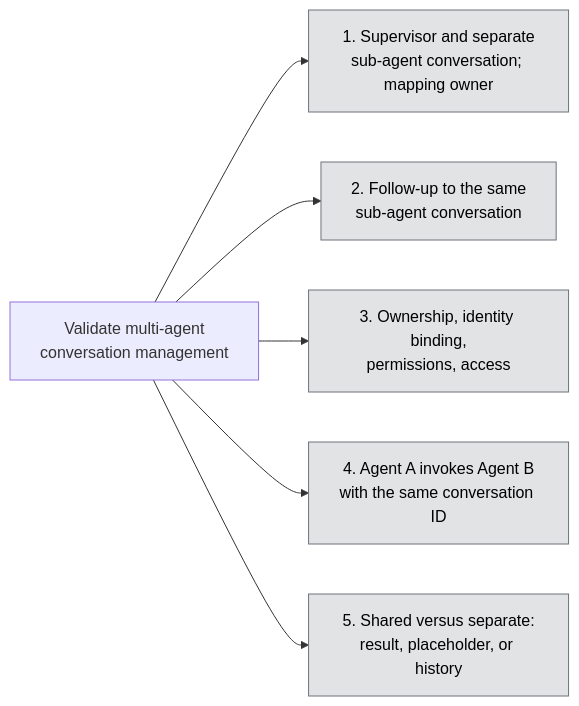
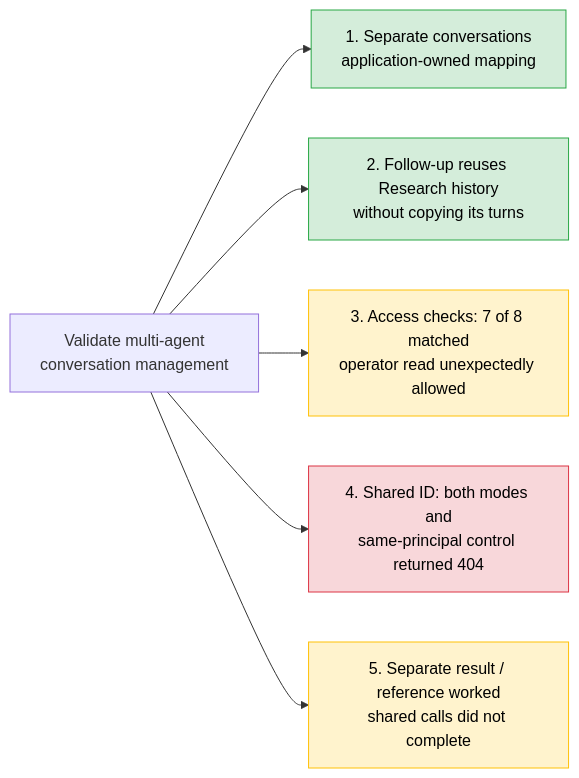
The diagram in docs/issue-3-validate-multi-agent-conversation-management.md (wxifaras/hosted-agents-poc), drawn with Mermaid before and after one commit. The commit also changed other lines of this file, not shown here.

````diff
--- a/docs/issue-3-validate-multi-agent-conversation-management.md
+++ b/docs/issue-3-validate-multi-agent-conversation-management.md
@@ -28,15 +34,14 @@
 ```mermaid
 flowchart LR
     S3["Validate multi-agent<br/>conversation management"]
 
-    S3 --> R1["1. Supervisor and separate<br/>sub-agent conversation; mapping owner"]:::pending
-    S3 --> R2["2. Follow-up to the same<br/>sub-agent conversation"]:::pending
-    S3 --> R3["3. Ownership, identity binding,<br/>permissions, access"]:::pending
-    S3 --> R4["4. Agent A invokes Agent B<br/>with the same conversation ID"]:::pending
-    S3 --> R5["5. Shared versus separate:<br/>result, placeholder, or history"]:::pending
+    S3 --> R1["1. Separate conversations<br/>application-owned mapping"]:::ok
+    S3 --> R2["2. Follow-up reuses Research history<br/>without copying its turns"]:::ok
+    S3 --> R3["3. Access checks: 7 of 8 matched<br/>operator read unexpectedly allowed"]:::partial
+    S3 --> R4["4. Shared ID: both modes and<br/>same-principal control returned 404"]:::gap
+    S3 --> R5["5. Separate result / reference worked<br/>shared calls did not complete"]:::partial
 
     classDef ok fill:#d4edda,stroke:#28a745,color:#000
     classDef partial fill:#fff3cd,stroke:#ffc107,color:#000
     classDef gap fill:#f8d7da,stroke:#dc3545,color:#000
-    classDef pending fill:#e2e3e5,stroke:#6c757d,color:#000
 ```
````
